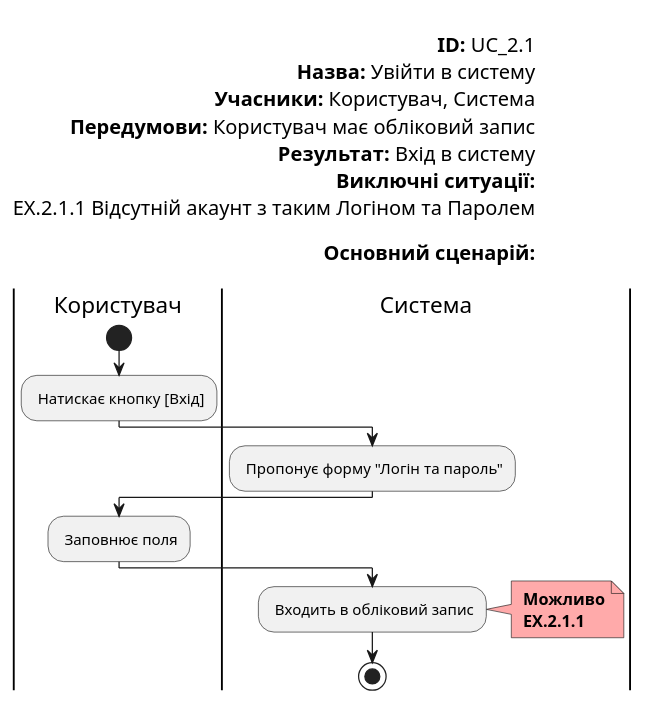
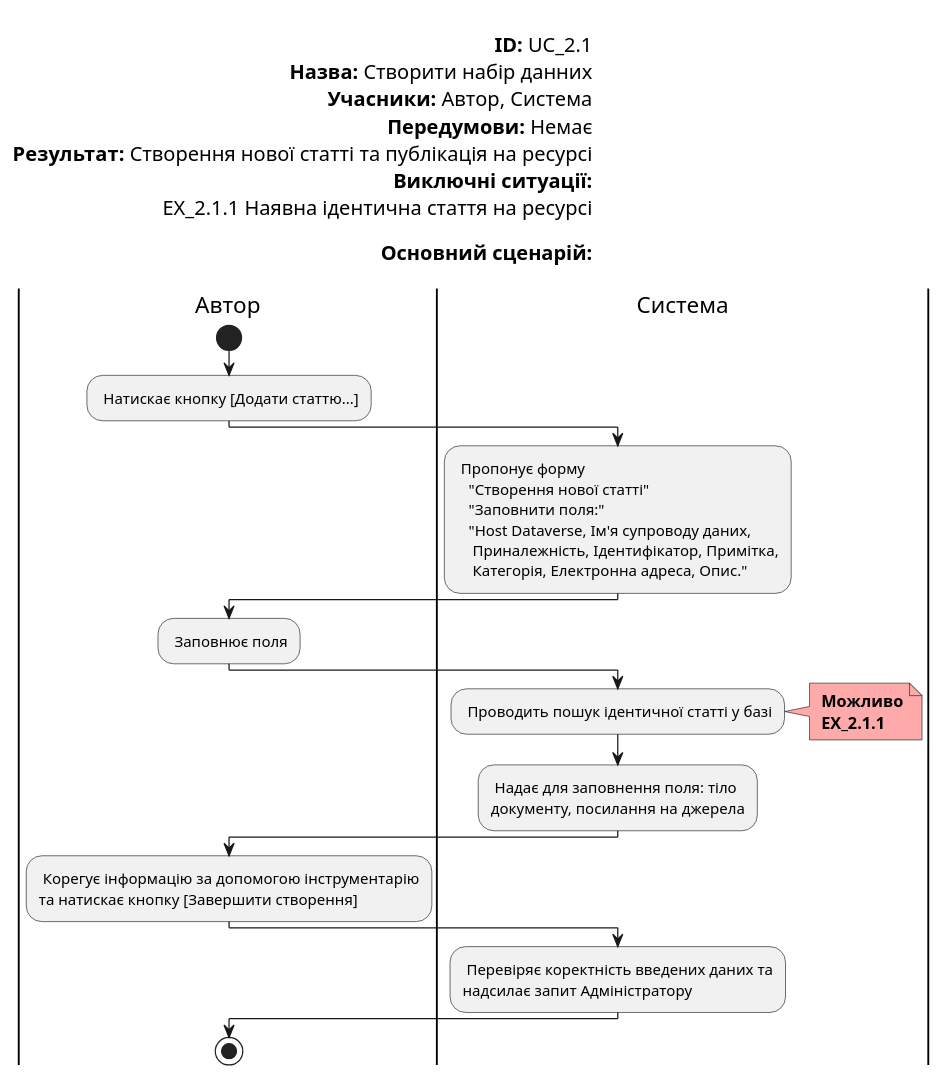
One commit to boldak/database_basics_template changed the diagram in src/uml/UC_2.1.puml. Above: the diagram before and after it, drawn with PlantUML.

```diff
--- a/src/uml/UC_2.1.puml
+++ b/src/uml/UC_2.1.puml
@@ -1,30 +1,44 @@
 @startuml
 left header
         
         <font color=000 size=16><b>ID:</b> UC_2.1
-        <font color=000 size=16><b>Назва:</b> Увійти в систему
-        <font color=000 size=16><b>Учасники:</b> Користувач, Система
-        <font color=000 size=16><b>Передумови:</b> Користувач має обліковий запис
-        <font color=000 size=16><b>Результат:</b> Вхід в систему
+        <font color=000 size=16><b>Назва:</b> Створити набір данних
+        <font color=000 size=16><b>Учасники:</b> Автор, Система
+        <font color=000 size=16><b>Передумови:</b> Немає
+        <font color=000 size=16><b>Результат:</b> Створення нової статті та публікація на ресурсі
         <font color=000 size=16><b>Виключні ситуації:</b>
-        <font color=000 size=16> EX.2.1.1 Відсутній акаунт з таким Логіном та Паролем
+        <font color=000 size=16> EX_2.1.1 Наявна ідентична стаття на ресурсі
         
         <font color=000 size=16><b>Основний сценарій:</b>
         
     end header
 
-    |Користувач|
+    |Автор|
         start
-        : Натискає кнопку [Вхід];
+        : Натискає кнопку [Додати статтю...];
     |Система|
-        : Пропонує форму "Логін та пароль";
-    |Користувач|    
+        : Пропонує форму 
+           "Створення нової статті"
+           "Заповнити поля:"
+           "Host Dataverse, Ім'я супроводу даних,
+            Приналежність, Ідентифікатор, Примітка,
+            Категорія, Електронна адреса, Опис.";
+    |Автор|    
         : Заповнює поля;
     |Система|
-        : Входить в обліковий запис;
+        : Проводить пошук ідентичної статті у базі;
         note right #ffaaaa
         <b> Можливо
-        <b> EX.2.1.1
+        <b> EX_2.1.1
         end note
+        : Надає для заповнення поля: тіло
+документу, посилання на джерела;
+    |Автор|
+        : Корегує інформацію за допомогою інструментарію
+та натискає кнопку [Завершити створення];
+    |Система|
+        : Перевіряє коректність введених даних та
+надсилає запит Адміністратору;
+    |Автор|
         stop;
 @enduml
```
